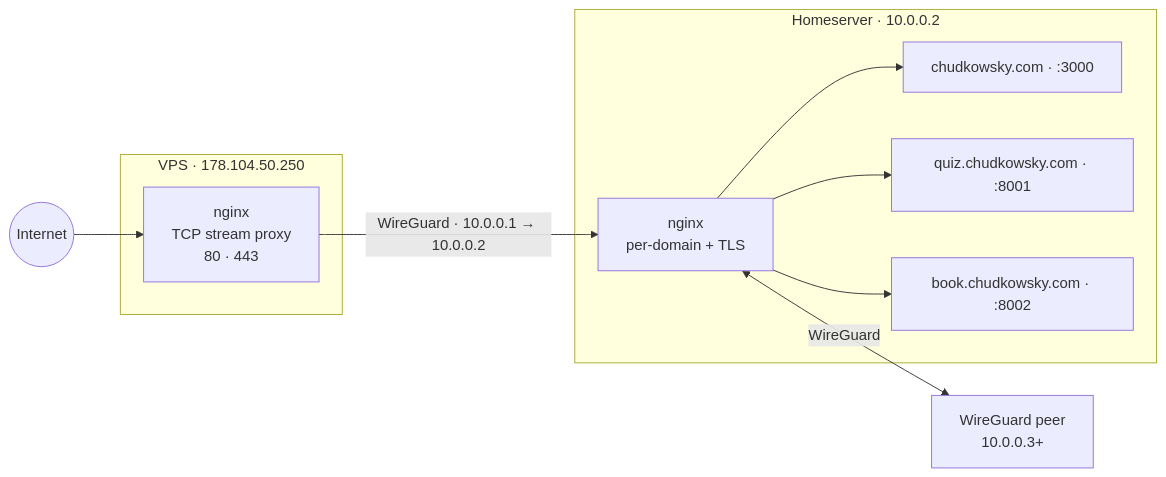
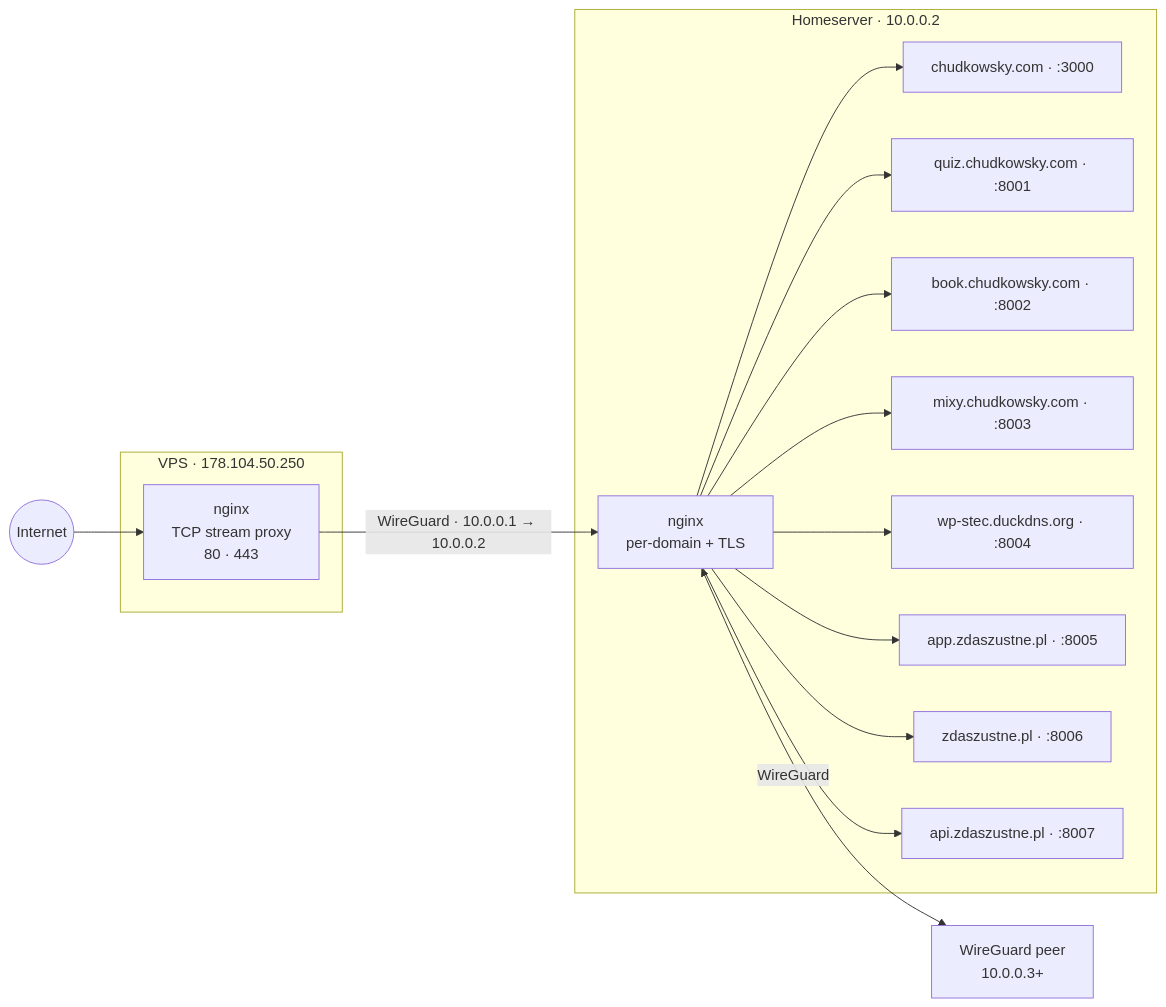
One commit to chudkowsky/homelab-infra changed the diagram in README.md. Above: the diagram before and after it, drawn with Mermaid. The commit also changed other lines of this file and 3 other files, not shown here.

````diff
--- a/README.md
+++ b/README.md
@@ -17,24 +17,34 @@
 ```mermaid
 graph LR
     Internet((Internet))
 
     subgraph VPS ["VPS · 178.104.50.250"]
         nginx_vps["nginx\nTCP stream proxy\n80 · 443"]
     end
 
     subgraph Local ["Homeserver · 10.0.0.2"]
         nginx_local["nginx\nper-domain + TLS"]
         s1["chudkowsky.com · :3000"]
         s2["quiz.chudkowsky.com · :8001"]
         s3["book.chudkowsky.com · :8002"]
+        s4["mixy.chudkowsky.com · :8003"]
+        s_wp["wp-stec.duckdns.org · :8004"]
+        s5["app.zdaszustne.pl · :8005"]
+        s6["zdaszustne.pl · :8006"]
+        s7["api.zdaszustne.pl · :8007"]
     end
 
     Peer["WireGuard peer\n10.0.0.3+"]
 
     Internet --> nginx_vps
     nginx_vps -->|WireGuard · 10.0.0.1 → 10.0.0.2| nginx_local
     nginx_local --> s1
     nginx_local --> s2
     nginx_local --> s3
+    nginx_local --> s4
+    nginx_local --> s_wp
+    nginx_local --> s5
+    nginx_local --> s6
+    nginx_local --> s7
     nginx_local <-->|WireGuard| Peer
 ```
````
